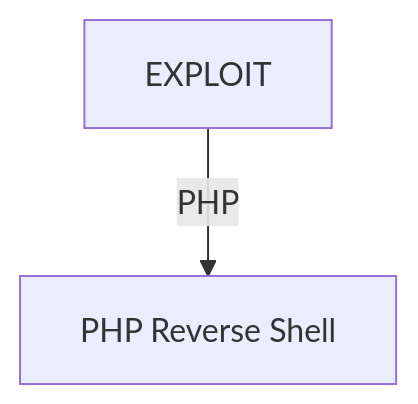
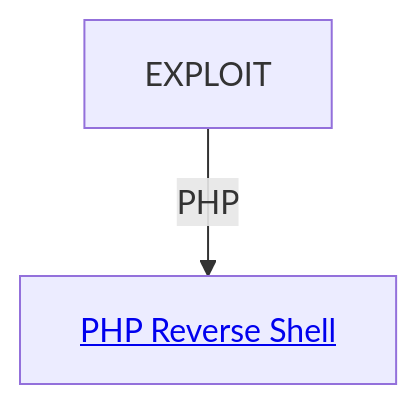
The diagram in wip_exploit_mindmap.md (nullbr41n/nullbrain), drawn with Mermaid before and after one commit. The commit also changed other lines of this file, not shown here.

````diff
--- a/wip_exploit_mindmap.md
+++ b/wip_exploit_mindmap.md
@@ -3,5 +3,5 @@
 ```mermaid
-graph TD;
+  graph TD;
 
-AX[EXPLOIT] -- PHP --> BX[PHP Reverse Shell <a href='./scripts/php-reverse-shell.php'></a>]
+  AX[EXPLOIT] -- PHP --> BX[<a href='./scripts/php-reverse-shell.php'>PHP Reverse Shell</a>]
 ```
````
